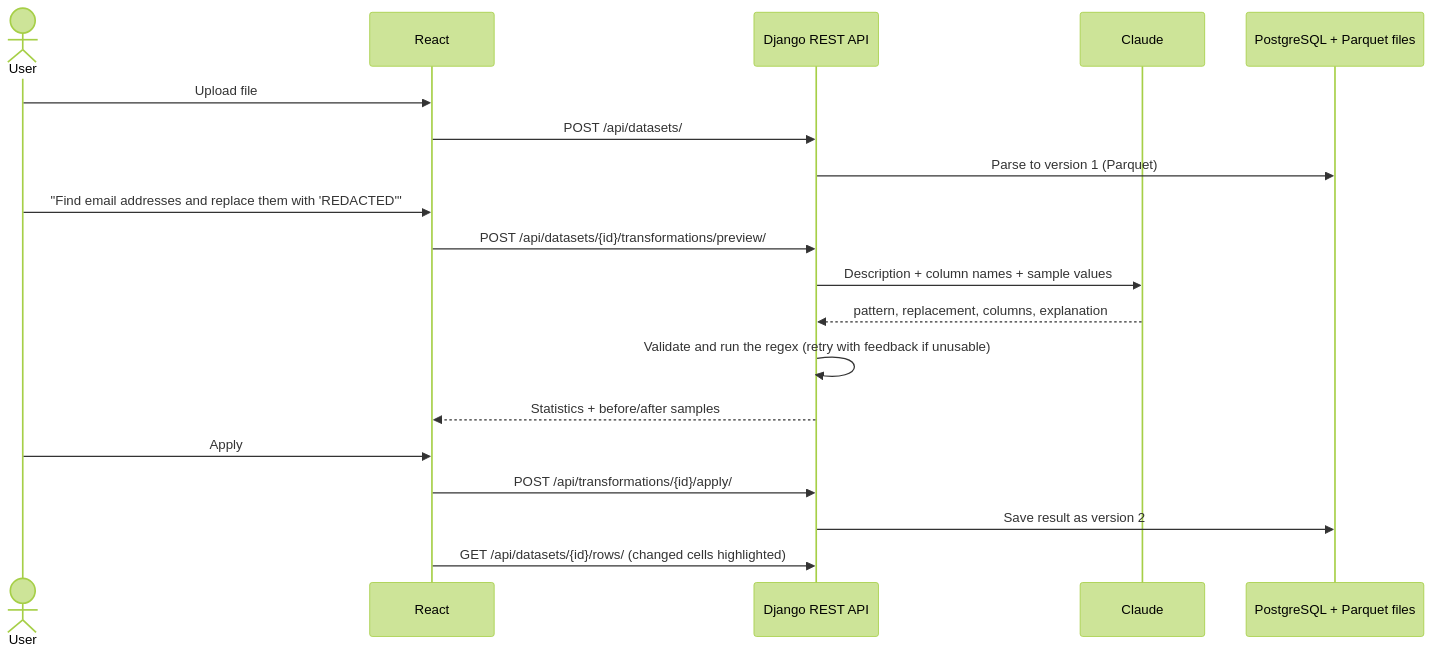
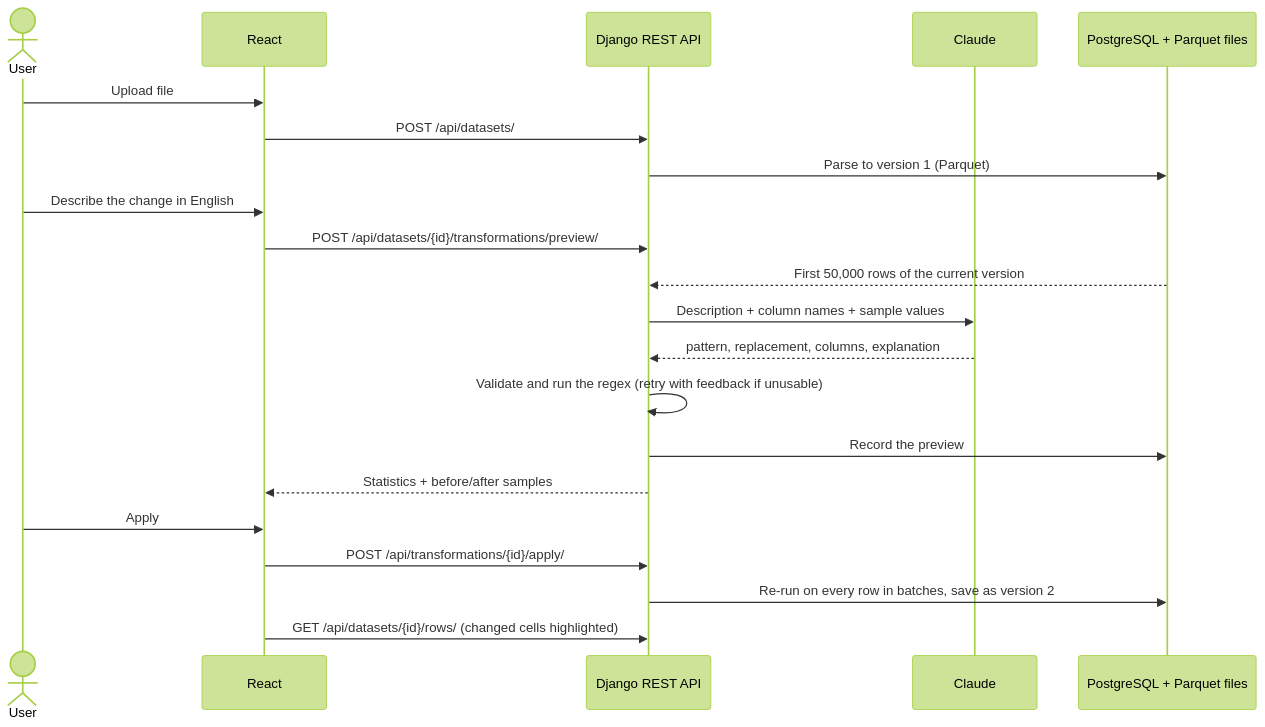
One commit to hsiao0207/Rhombus changed the diagram in README.md. Above: the diagram before and after it, drawn with Mermaid (forest theme).

Commit message:
Fix the README sequence diagram
Shorten the user's message, which was clipped at the diagram's left edge, and add the steps it left out: reading the first rows before calling Claude, recording the preview, and applying in batches.

````diff
--- a/README.md
+++ b/README.md
@@ -81,22 +81,24 @@
 ```mermaid
 sequenceDiagram
     actor User
     participant UI as React
     participant API as Django REST API
     participant LLM as Claude
     participant Store as PostgreSQL + Parquet files
 
     User->>UI: Upload file
     UI->>API: POST /api/datasets/
     API->>Store: Parse to version 1 (Parquet)
-    User->>UI: "Find email addresses and replace them with 'REDACTED'"
+    User->>UI: Describe the change in English
     UI->>API: POST /api/datasets/{id}/transformations/preview/
+    Store-->>API: First 50,000 rows of the current version
     API->>LLM: Description + column names + sample values
     LLM-->>API: pattern, replacement, columns, explanation
     API->>API: Validate and run the regex (retry with feedback if unusable)
+    API->>Store: Record the preview
     API-->>UI: Statistics + before/after samples
     User->>UI: Apply
     UI->>API: POST /api/transformations/{id}/apply/
-    API->>Store: Save result as version 2
+    API->>Store: Re-run on every row in batches, save as version 2
     UI->>API: GET /api/datasets/{id}/rows/ (changed cells highlighted)
 ```
````
